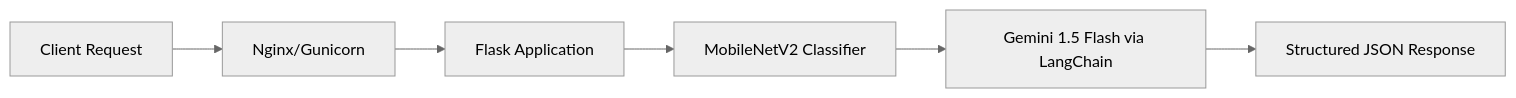
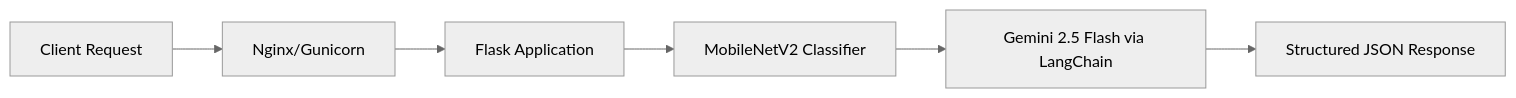
The diagram in README.md (warizmy/indo-food-classification-BE), drawn with Mermaid (neutral theme) before and after one commit. The commit also changed other lines of this file, not shown here.

Commit message:
modify name of the gemini model

````diff
--- a/README.md
+++ b/README.md
@@ -13,8 +13,8 @@
 ```mermaid
 graph LR
     A[Client Request] --> B[Nginx/Gunicorn]
     B --> C[Flask Application]
     C --> D[MobileNetV2 Classifier]
-    D --> E[Gemini 1.5 Flash via LangChain]
+    D --> E[Gemini 2.5 Flash via LangChain]
     E --> F[Structured JSON Response]
 ```
````
